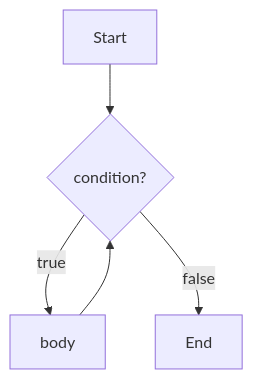
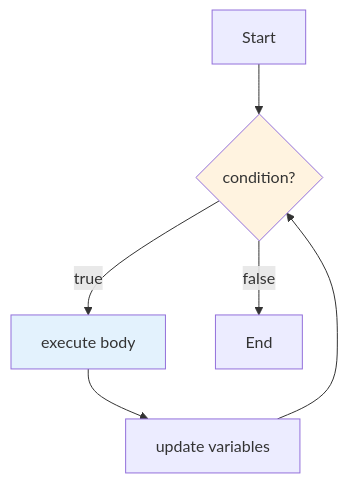
One commit to pc-eight-one/codersbox changed the first of 2 diagrams in src/content/tutorials/java-complete/java-complete-part-6.md. Above: the diagram before and after it, drawn with Mermaid. The commit also changed other lines of this file and 43 other files, not shown here.

````diff
--- a/src/content/tutorials/java-complete/java-complete-part-6.md
+++ b/src/content/tutorials/java-complete/java-complete-part-6.md
@@ -18,7 +19,11 @@
 ```mermaid
 flowchart TD
     A[Start] --> B{condition?}
-    B -- true --> C[body]
-    C --> B
-    B -- false --> D[End]
+    B -- true --> C[execute body]
+    C --> D[update variables]
+    D --> B
+    B -- false --> E[End]
+    
+    style B fill:#fff3e0
+    style C fill:#e3f2fd
 ```
````
